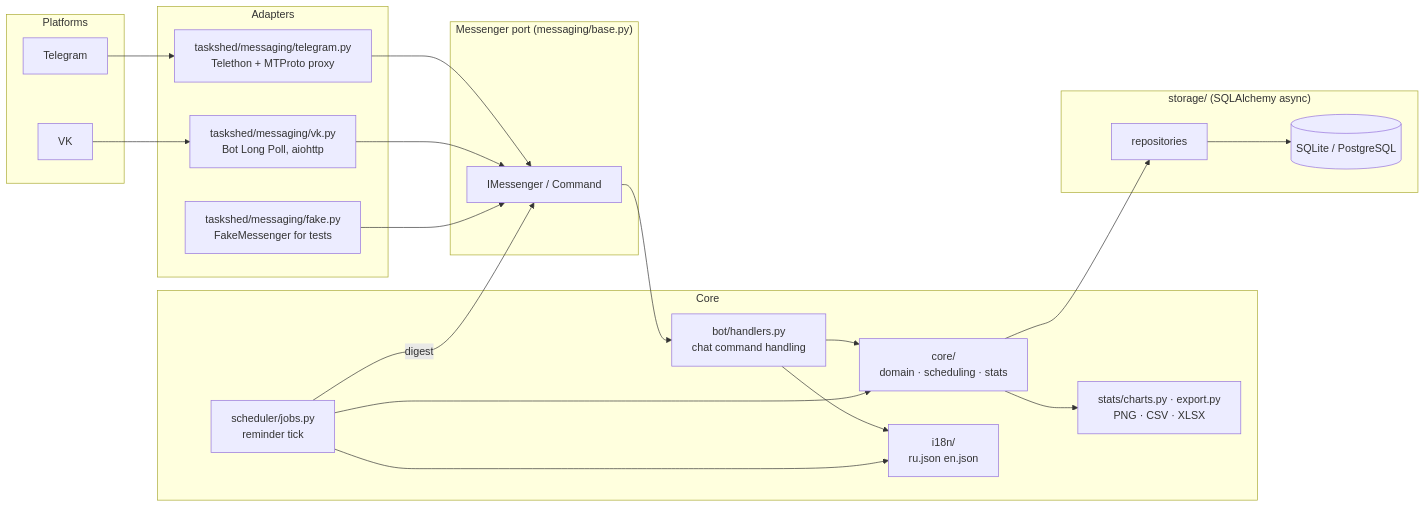
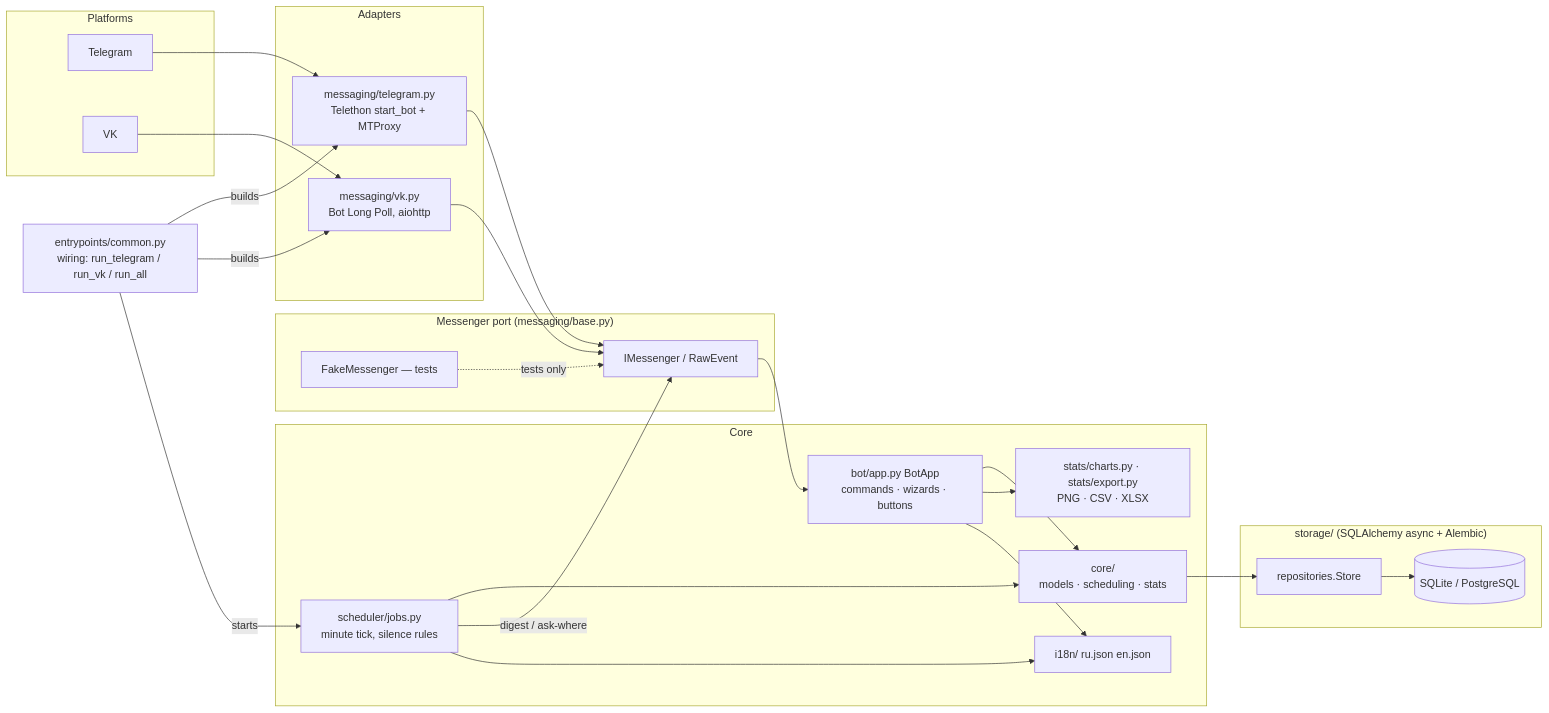
One commit to edombek/taskshed changed the diagram in docs/diagrams/architecture.mmd. Above: the diagram before and after it, drawn with Mermaid. The commit also changed 6 other files, not shown here.

Commit message:
docs: align diagrams and architecture notes with implemented code

```diff
--- a/docs/diagrams/architecture.mmd
+++ b/docs/diagrams/architecture.mmd
@@ -1,39 +1,44 @@
 graph LR
     subgraph Platforms
         TG[Telegram]
         VK[VK]
     end
 
     subgraph Adapters
-        TGA[taskshed/messaging/telegram.py<br/>Telethon + MTProto proxy]
-        VKA[taskshed/messaging/vk.py<br/>Bot Long Poll, aiohttp]
-        FAKE[taskshed/messaging/fake.py<br/>FakeMessenger for tests]
+        TGA[messaging/telegram.py<br/>Telethon start_bot + MTProxy]
+        VKA[messaging/vk.py<br/>Bot Long Poll, aiohttp]
     end
 
+    EP[entrypoints/common.py<br/>wiring: run_telegram / run_vk / run_all]
+
     subgraph Port["Messenger port (messaging/base.py)"]
-        P[IMessenger / Command]
+        P[IMessenger / RawEvent]
+        FAKE[FakeMessenger — tests]
     end
 
     subgraph Core
-        H[bot/handlers.py<br/>chat command handling]
-        C[core/<br/>domain · scheduling · stats]
-        S[scheduler/jobs.py<br/>reminder tick]
-        ST[stats/charts.py · export.py<br/>PNG · CSV · XLSX]
-        I[i18n/<br/>ru.json en.json]
+        H[bot/app.py BotApp<br/>commands · wizards · buttons]
+        C[core/<br/>models · scheduling · stats]
+        S[scheduler/jobs.py<br/>minute tick, silence rules]
+        ST[stats/charts.py · stats/export.py<br/>PNG · CSV · XLSX]
+        I[i18n/ ru.json en.json]
     end
 
-    subgraph Storage["storage/ (SQLAlchemy async)"]
-        R[repositories]
+    subgraph Storage["storage/ (SQLAlchemy async + Alembic)"]
+        R[repositories.Store]
         DB[(SQLite / PostgreSQL)]
     end
 
     TG --> TGA --> P
     VK --> VKA --> P
-    FAKE --> P
+    FAKE -.tests only.-> P
+    EP -->|builds| TGA
+    EP -->|builds| VKA
+    EP -->|starts| S
     P --> H --> C
     S --> C
-    S -->|digest| P
+    S -->|digest / ask-where| P
     C --> R --> DB
-    C --> ST
+    H --> ST
     H --> I
     S --> I
```
